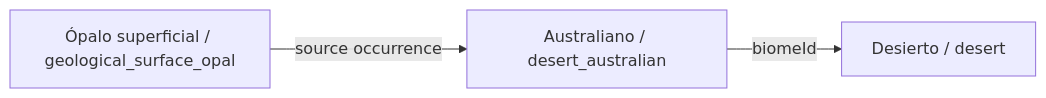
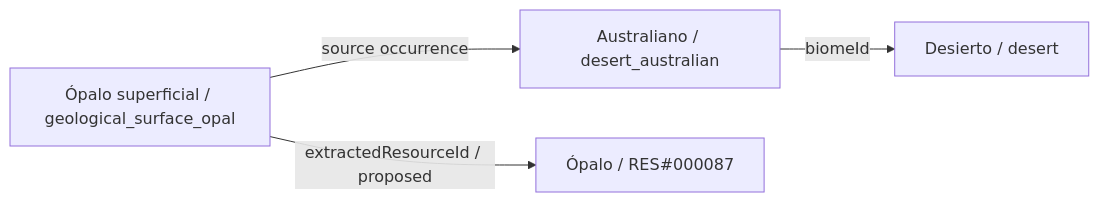
Diagram 15 of 15 in data/minerals/DIAGRAMS.es.md (fgabo404/EvolveDoc), drawn with Mermaid before and after one commit. The commit also changed other lines of this file and 50 other files, not shown here.

````diff
--- a/data/minerals/DIAGRAMS.es.md
+++ b/data/minerals/DIAGRAMS.es.md
@@ -797,8 +909,10 @@
 ```mermaid
 flowchart LR
     c0["Ópalo superficial / geological_surface_opal"]
     v18["Australiano / desert_australian"]
     b4["Desierto / desert"]
+    r0["Ópalo / RES#000087"]
+    c0 -->|extractedResourceId / proposed| r0
     c0 -->|source occurrence| v18
     v18 -->|biomeId| b4
 ```
````
